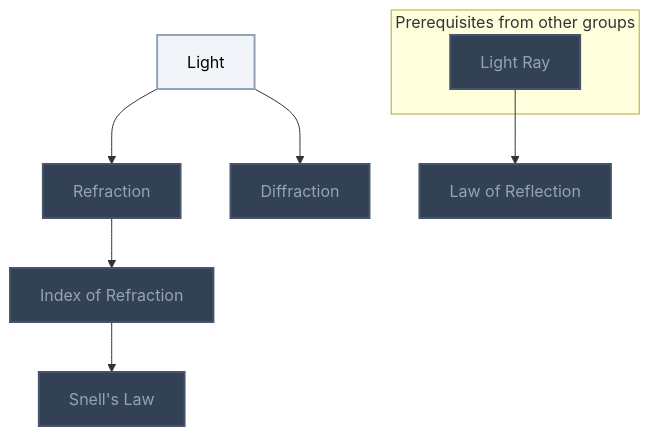
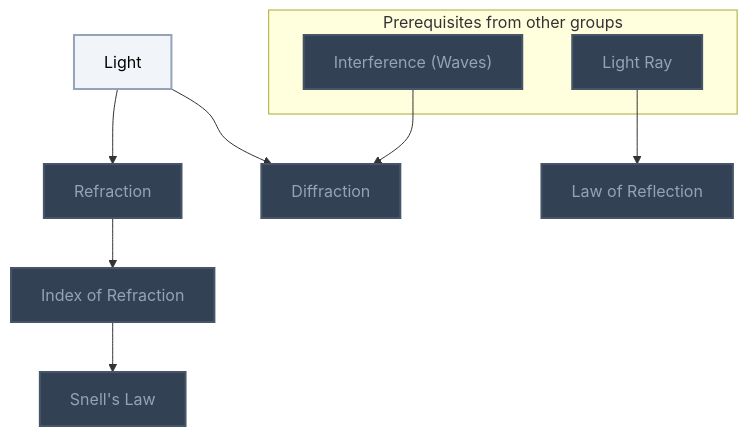
Before and after one commit to MRauf1/My-Notes: the sixth of 6 diagrams in Gamification/Skill Trees/Electromagnetism.md, drawn with Mermaid. The commit also changed other lines of this file and 142 other files, not shown here.

````diff
--- a/Gamification/Skill Trees/Electromagnetism.md
+++ b/Gamification/Skill Trees/Electromagnetism.md
@@ -149,29 +149,31 @@
 ```mermaid
 flowchart TD
     classDef planned fill:#1E293B,stroke:#64748B,stroke-width:2px,stroke-dasharray:5 5,color:#94A3B8;
     classDef locked fill:#334155,stroke:#475569,stroke-width:2px,color:#94A3B8;
     classDef L0 fill:#F1F5F9,stroke:#94A3B8,stroke-width:2px,color:#000000;
     classDef L1 fill:#22C55E,stroke:#15803D,stroke-width:2px,color:#000000;
     classDef L2 fill:#3B82F6,stroke:#1D4ED8,stroke-width:3px,color:#FFFFFF;
     classDef L3 fill:#A855F7,stroke:#6B21A8,stroke-width:3px,color:#FFFFFF,font-weight:bold;
     classDef L4 fill:#F97316,stroke:#C2410C,stroke-width:4px,color:#000000,font-weight:bold;
     classDef L5 fill:#FFD700,stroke:#FF8C00,stroke-width:5px,color:#000000,font-weight:bold;
     classDef rusty stroke:#8B4513,stroke-width:4px,stroke-dasharray:3 3;
     subgraph sg_prereqs["Prerequisites from other groups"]
         n_light_ray["Light Ray"]
+        n_interference_waves["Interference (Waves)"]
     end
     n_light["Light"]
     n_refraction["Refraction"]
     n_index_of_refraction["Index of Refraction"]
     n_snell_s_law["Snell's Law"]
     n_diffraction["Diffraction"]
     n_law_of_reflection["Law of Reflection"]
     n_light --> n_refraction
     n_refraction --> n_index_of_refraction
     n_index_of_refraction --> n_snell_s_law
     n_light --> n_diffraction
     n_light_ray --> n_law_of_reflection
-    class n_light_ray,n_refraction,n_index_of_refraction,n_snell_s_law,n_diffraction,n_law_of_reflection locked;
+    n_interference_waves --> n_diffraction
+    class n_light_ray,n_interference_waves,n_refraction,n_index_of_refraction,n_snell_s_law,n_diffraction,n_law_of_reflection locked;
     class n_light L0;
-    class n_light_ray,n_light,n_refraction,n_index_of_refraction,n_snell_s_law,n_diffraction,n_law_of_reflection internal-link;
+    class n_light_ray,n_interference_waves,n_light,n_refraction,n_index_of_refraction,n_snell_s_law,n_diffraction,n_law_of_reflection internal-link;
 ```
````
